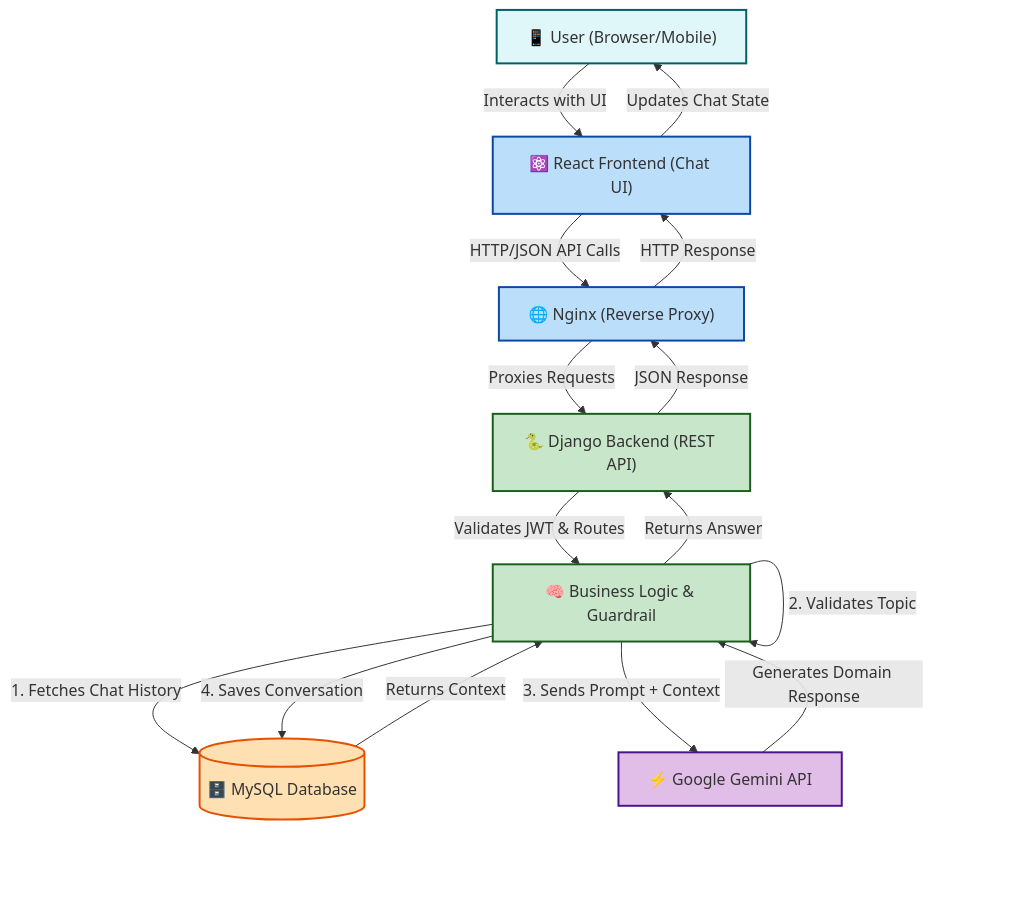
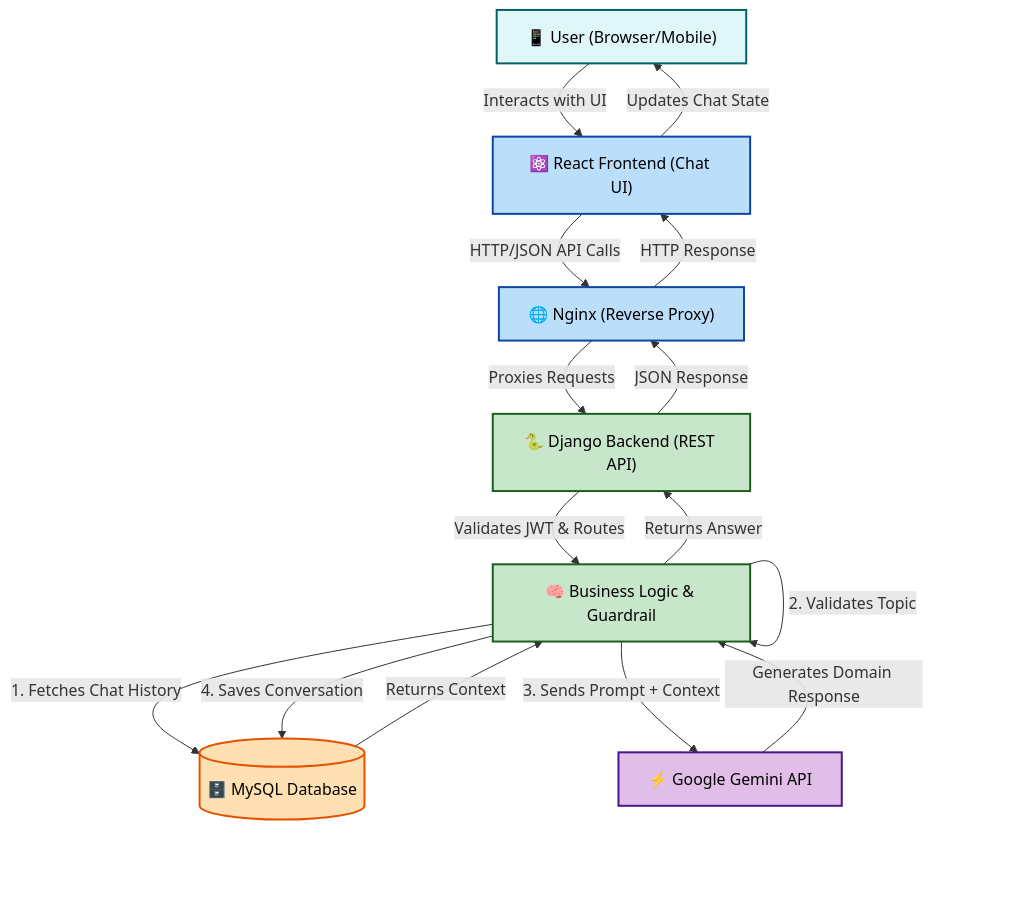
One commit to Ruusheka/QuillBot changed the diagram in README.md. Above: the diagram before and after it, drawn with Mermaid.

Commit message:
Resolved README

````diff
--- a/README.md
+++ b/README.md
@@ -37,44 +37,44 @@
 ```mermaid
 graph TD
     %% Define Nodes
     Client["📱 User (Browser/Mobile)"]
     Frontend["⚛️ React Frontend (Chat UI)"]
     Nginx["🌐 Nginx (Reverse Proxy)"]
     Backend["🐍 Django Backend (REST API)"]
     Logic["🧠 Business Logic & Guardrail"]
     DB[("🗄️ MySQL Database")]
     AI["⚡ Google Gemini API"]
 
     %% Define Flow
     Client -- "Interacts with UI" --> Frontend
     Frontend -- "HTTP/JSON API Calls" --> Nginx
     Nginx -- "Proxies Requests" --> Backend
     Backend -- "Validates JWT & Routes" --> Logic
     
     %% Logic Flow
     Logic -- "1. Fetches Chat History" --> DB
     DB -- "Returns Context" --> Logic
     Logic -- "2. Validates Topic" --> Logic
     Logic -- "3. Sends Prompt + Context" --> AI
     AI -- "Generates Domain Response" --> Logic
     Logic -- "4. Saves Conversation" --> DB
     
     %% Return Flow
     Logic -- "Returns Answer" --> Backend
     Backend -- "JSON Response" --> Nginx
     Nginx -- "HTTP Response" --> Frontend
     Frontend -- "Updates Chat State" --> Client
 
     %% Styling
-    classDef client fill:#e0f7fa,stroke:#006064,stroke-width:2px;
-    classDef frontend fill:#bbdefb,stroke:#0d47a1,stroke-width:2px;
-    classDef backend fill:#c8e6c9,stroke:#1b5e20,stroke-width:2px;
-    classDef database fill:#ffe0b2,stroke:#e65100,stroke-width:2px;
-    classDef ai fill:#e1bee7,stroke:#4a148c,stroke-width:2px;
+    classDef client fill:#e0f7fa,stroke:#006064,color:#000000,stroke-width:2px;
+    classDef frontend fill:#bbdefb,stroke:#0d47a1,color:#000000,stroke-width:2px;
+    classDef backend fill:#c8e6c9,stroke:#1b5e20,color:#000000,stroke-width:2px;
+    classDef database fill:#ffe0b2,stroke:#e65100,color:#000000,stroke-width:2px;
+    classDef ai fill:#e1bee7,stroke:#4a148c,color:#000000,stroke-width:2px;
 
     class Client client;
     class Frontend,Nginx frontend;
     class Backend,Logic backend;
     class DB database;
     class AI ai;
 ```
````
